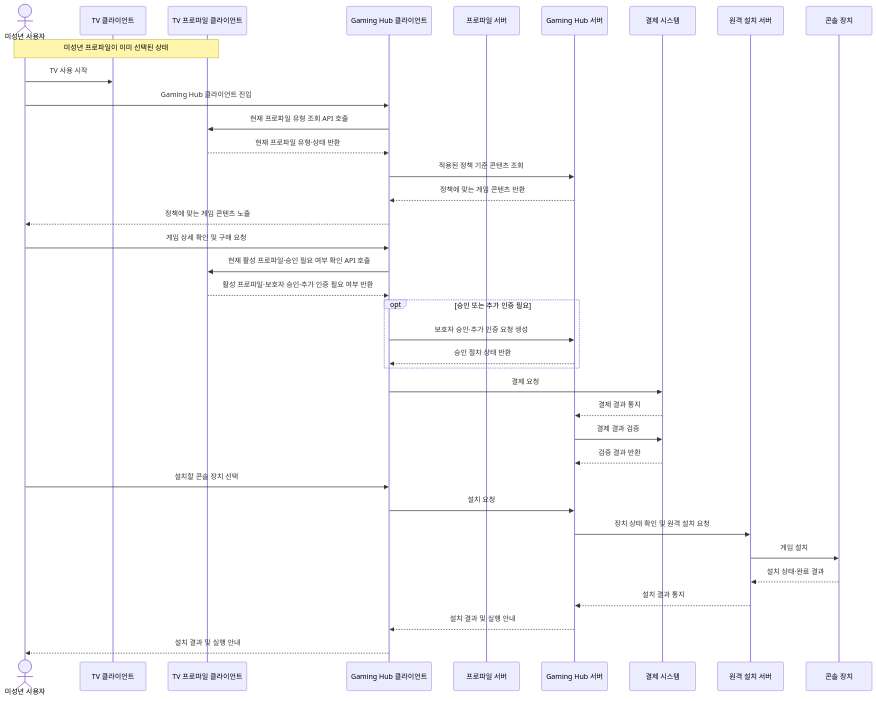
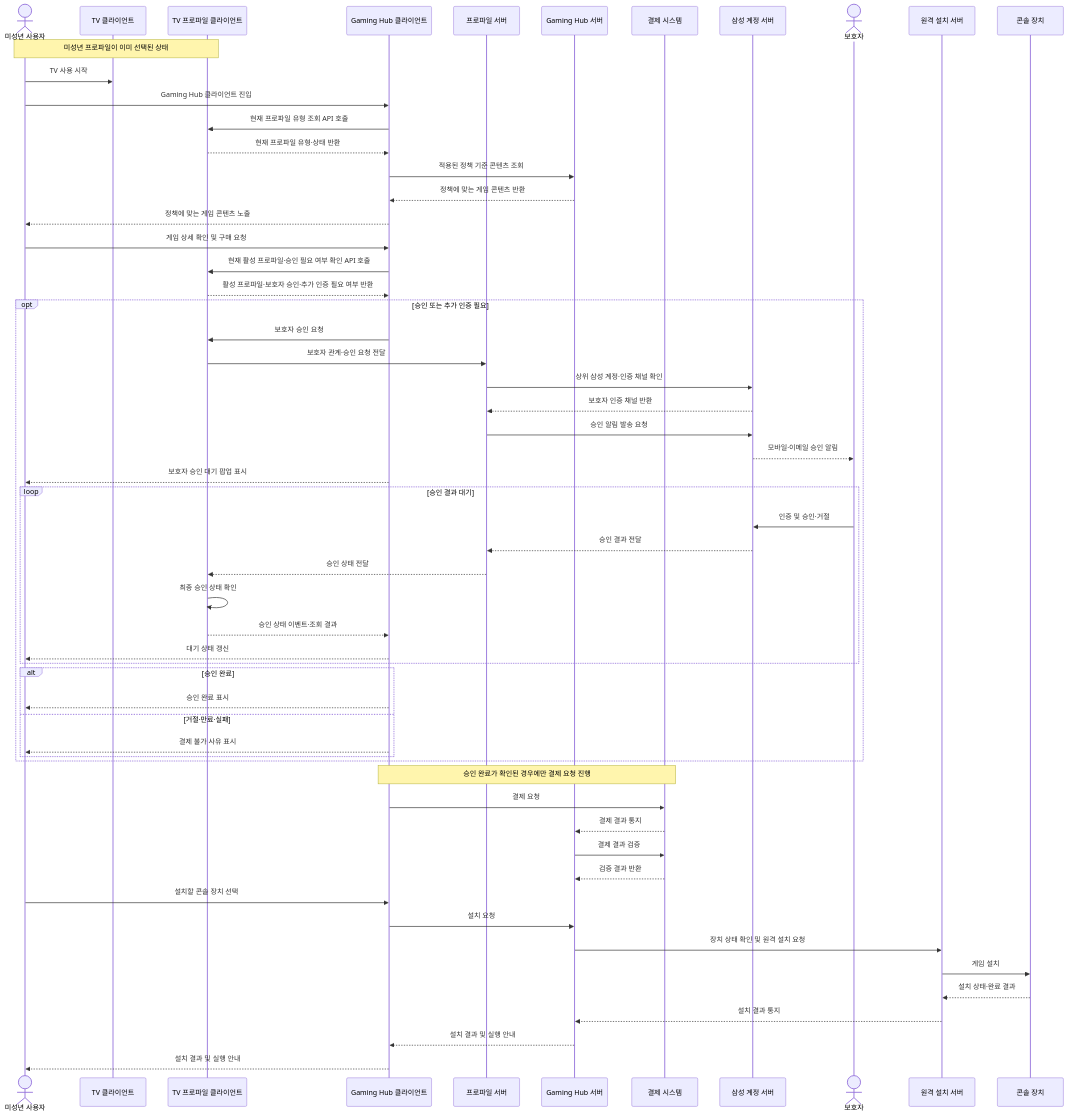
One commit to seock04/gaming-hub-console-content changed the first of 5 diagrams in docs/decision-point-2-architecture.md. Above: the diagram before and after it, drawn with Mermaid.

Commit message:
Add asynchronous guardian approval flow

````diff
--- a/docs/decision-point-2-architecture.md
+++ b/docs/decision-point-2-architecture.md
@@ -69,40 +69,61 @@
 ```mermaid
 sequenceDiagram
     actor User as 미성년 사용자
     participant TV as TV 클라이언트
     participant Profile as TV 프로파일 클라이언트
     participant HubClient as Gaming Hub 클라이언트
     participant ProfileServer as 프로파일 서버
     participant Hub as Gaming Hub 서버
     participant Pay as 결제 시스템
+    participant Account as 삼성 계정 서버
+    actor Parent as 보호자
     participant Install as 원격 설치 서버
     participant Console as 콘솔 장치
 
     Note over User,Profile: 미성년 프로파일이 이미 선택된 상태
     User->>TV: TV 사용 시작
     User->>HubClient: Gaming Hub 클라이언트 진입
     HubClient->>Profile: 현재 프로파일 유형 조회 API 호출
     Profile-->>HubClient: 현재 프로파일 유형·상태 반환
     HubClient->>Hub: 적용된 정책 기준 콘텐츠 조회
     Hub-->>HubClient: 정책에 맞는 게임 콘텐츠 반환
     HubClient-->>User: 정책에 맞는 게임 콘텐츠 노출
     User->>HubClient: 게임 상세 확인 및 구매 요청
     HubClient->>Profile: 현재 활성 프로파일·승인 필요 여부 확인 API 호출
     Profile-->>HubClient: 활성 프로파일·보호자 승인·추가 인증 필요 여부 반환
     opt 승인 또는 추가 인증 필요
-        HubClient->>Hub: 보호자 승인·추가 인증 요청 생성
-        Hub-->>HubClient: 승인 절차 상태 반환
+        HubClient->>Profile: 보호자 승인 요청
+        Profile->>ProfileServer: 보호자 관계·승인 요청 전달
+        ProfileServer->>Account: 상위 삼성 계정·인증 채널 확인
+        Account-->>ProfileServer: 보호자 인증 채널 반환
+        ProfileServer->>Account: 승인 알림 발송 요청
+        Account-->>Parent: 모바일·이메일 승인 알림
+        HubClient-->>User: 보호자 승인 대기 팝업 표시
+        loop 승인 결과 대기
+            Parent->>Account: 인증 및 승인·거절
+            Account-->>ProfileServer: 승인 결과 전달
+            ProfileServer-->>Profile: 승인 상태 전달
+            Profile->>Profile: 최종 승인 상태 확인
+            Profile-->>HubClient: 승인 상태 이벤트·조회 결과
+            HubClient-->>User: 대기 상태 갱신
+        end
+        alt 승인 완료
+            HubClient-->>User: 승인 완료 표시
+        else 거절·만료·실패
+            HubClient-->>User: 결제 불가 사유 표시
+        end
     end
+    Note over HubClient,Pay: 승인 완료가 확인된 경우에만 결제 요청 진행
     HubClient->>Pay: 결제 요청
     Pay-->>Hub: 결제 결과 통지
     Hub->>Pay: 결제 결과 검증
     Pay-->>Hub: 검증 결과 반환
     User->>HubClient: 설치할 콘솔 장치 선택
     HubClient->>Hub: 설치 요청
     Hub->>Install: 장치 상태 확인 및 원격 설치 요청
     Install->>Console: 게임 설치
     Console-->>Install: 설치 상태·완료 결과
     Install-->>Hub: 설치 결과 통지
     Hub-->>HubClient: 설치 결과 및 실행 안내
     HubClient-->>User: 설치 결과 및 실행 안내
 ```
````
